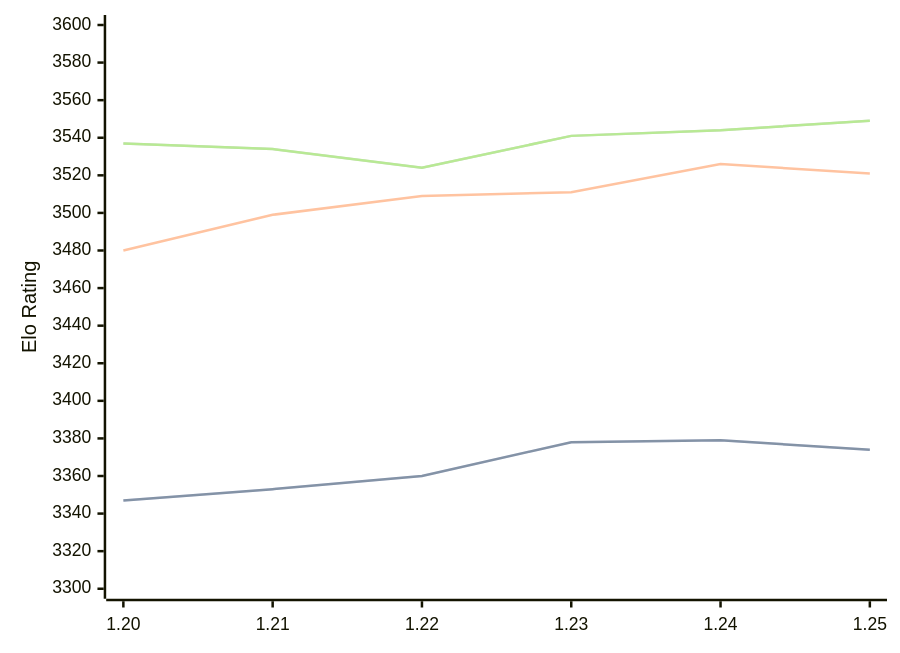
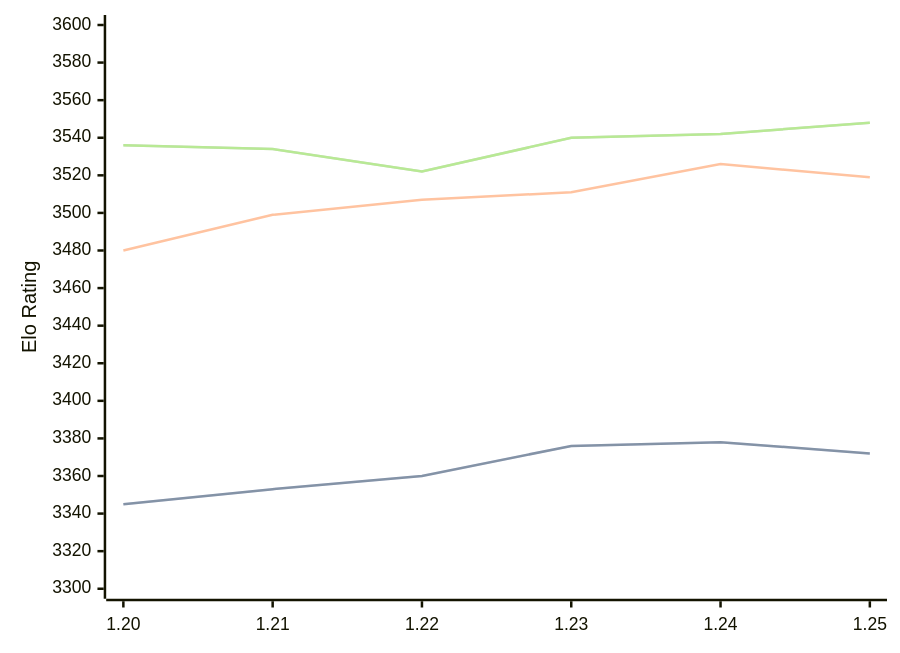
One commit to computer-chess-index/cci changed the diagram in engines/Caissa.md. Above: the diagram before and after it, drawn with Mermaid. The commit also changed other lines of this file, not shown here.

Commit message:
Update CCI Ratings (ELO VLTC) - 2026-08-03

````diff
--- a/engines/Caissa.md
+++ b/engines/Caissa.md
@@ -65,11 +65,11 @@
 ```mermaid
 %%{init: {"theme":"base","themeVariables":{"seriesColors:['#a3a3a3','#222221','#faa371']}}}%%
 xychart-beta
   x-axis ["1.20", "1.21", "1.22", "1.23", "1.24", "1.25"]
   y-axis "Elo Rating" 3300 --> 3600
-  line "STC (8.0+0.08s)" [3347, 3353, 3360, 3378, 3379, 3374]
-  line "STC (8.0+0.08s)" [3347, 3353, 3360, 3378, 3379, 3374]
-  line "LTC (60.0+0.60s)" [3480, 3499, 3509, 3511, 3526, 3521]
-  line "VLTC (2m24s+1.12s)" [3537, 3534, 3524, 3541, 3544, 3549]
-  line "VLTC (2m24s+1.12s)" [3537, 3534, 3524, 3541, 3544, 3549]
+  line "STC (8.0+0.08s)" [3345, 3353, 3360, 3376, 3378, 3372]
+  line "STC (8.0+0.08s)" [3345, 3353, 3360, 3376, 3378, 3372]
+  line "LTC (60.0+0.60s)" [3480, 3499, 3507, 3511, 3526, 3519]
+  line "VLTC (2m24s+1.12s)" [3536, 3534, 3522, 3540, 3542, 3548]
+  line "VLTC (2m24s+1.12s)" [3536, 3534, 3522, 3540, 3542, 3548]
 ```
````
